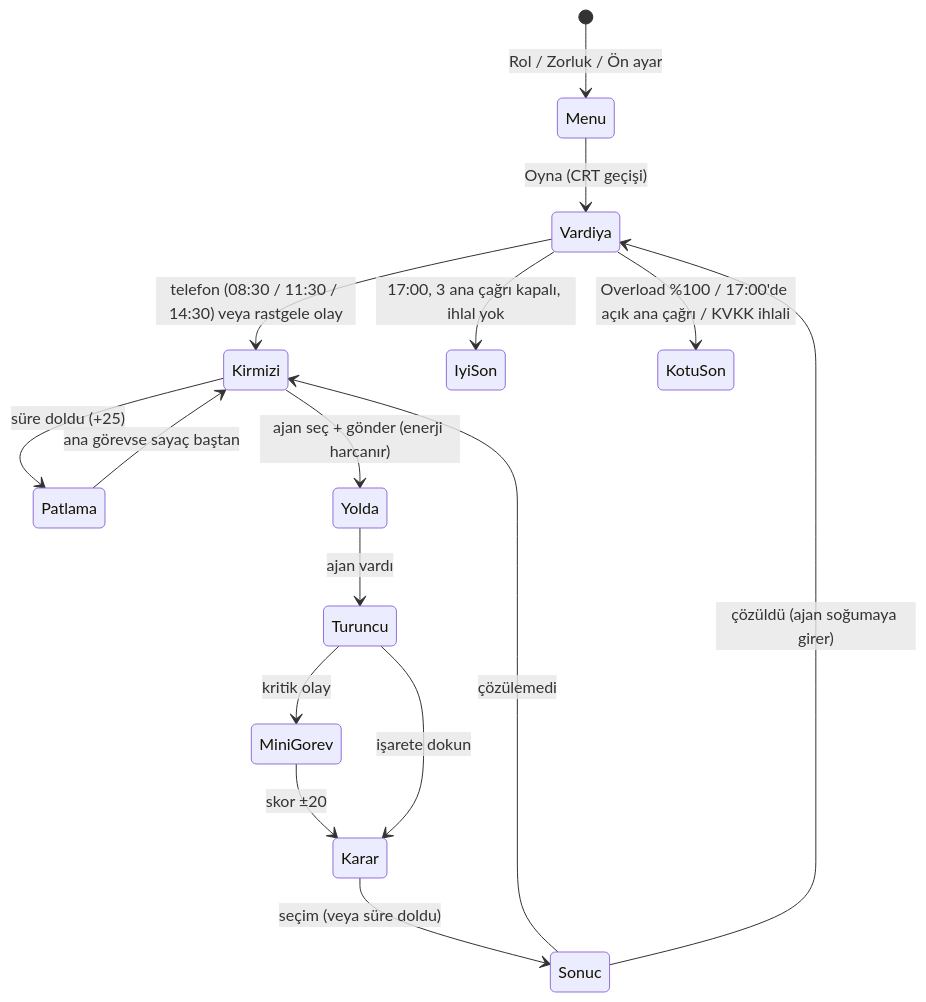
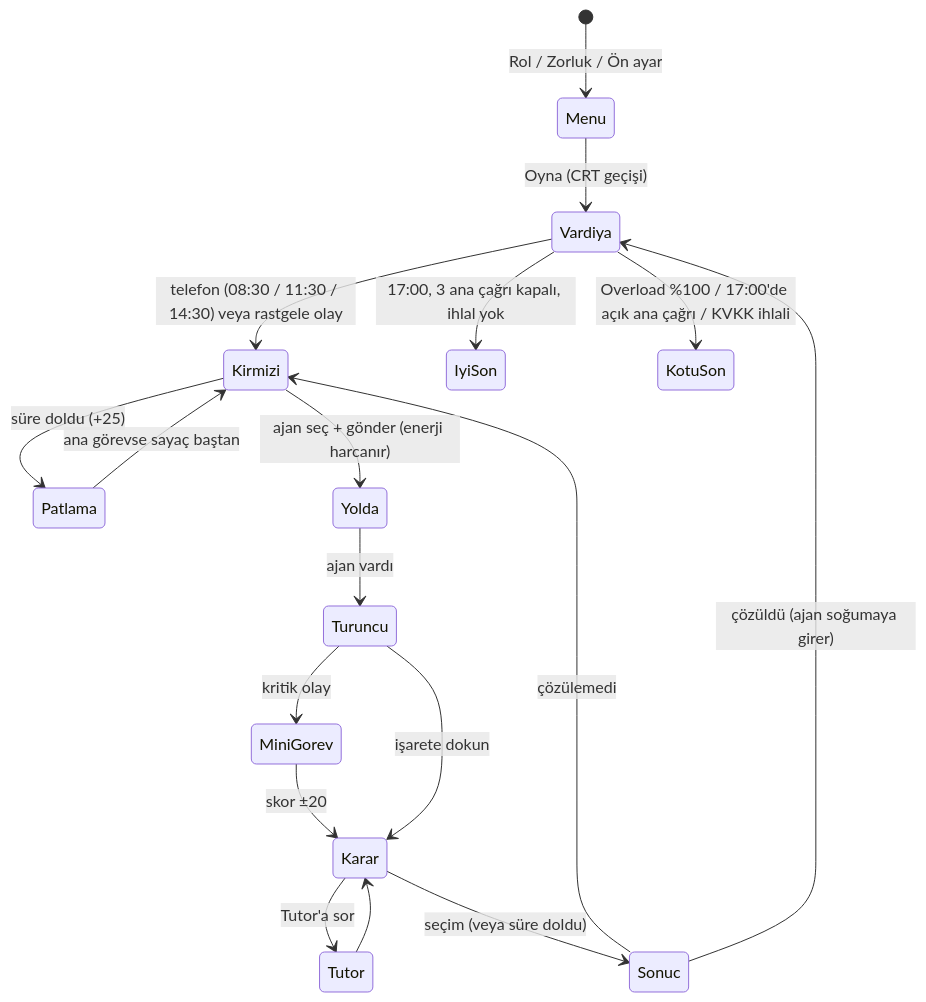
The diagram in spec.md (huseyinbaranisik/OverLoad), drawn with Mermaid before and after one commit. The commit also changed other lines of this file and 20 other files, not shown here.

````diff
--- a/spec.md
+++ b/spec.md
@@ -80,18 +216,20 @@
 ```mermaid
 stateDiagram-v2
   [*] --> Menu: Rol / Zorluk / Ön ayar
   Menu --> Vardiya: Oyna (CRT geçişi)
   Vardiya --> Kirmizi: telefon (08:30 / 11:30 / 14:30) veya rastgele olay
   Kirmizi --> Patlama: süre doldu (+25)
   Patlama --> Kirmizi: ana görevse sayaç baştan
   Kirmizi --> Yolda: ajan seç + gönder (enerji harcanır)
   Yolda --> Turuncu: ajan vardı
   Turuncu --> MiniGorev: kritik olay
   MiniGorev --> Karar: skor ±20
   Turuncu --> Karar: işarete dokun
+  Karar --> Tutor: Tutor'a sor
+  Tutor --> Karar
   Karar --> Sonuc: seçim (veya süre doldu)
   Sonuc --> Kirmizi: çözülemedi
   Sonuc --> Vardiya: çözüldü (ajan soğumaya girer)
   Vardiya --> IyiSon: 17:00, 3 ana çağrı kapalı, ihlal yok
   Vardiya --> KotuSon: Overload %100 / 17:00'de açık ana çağrı / KVKK ihlali
 ```
````
